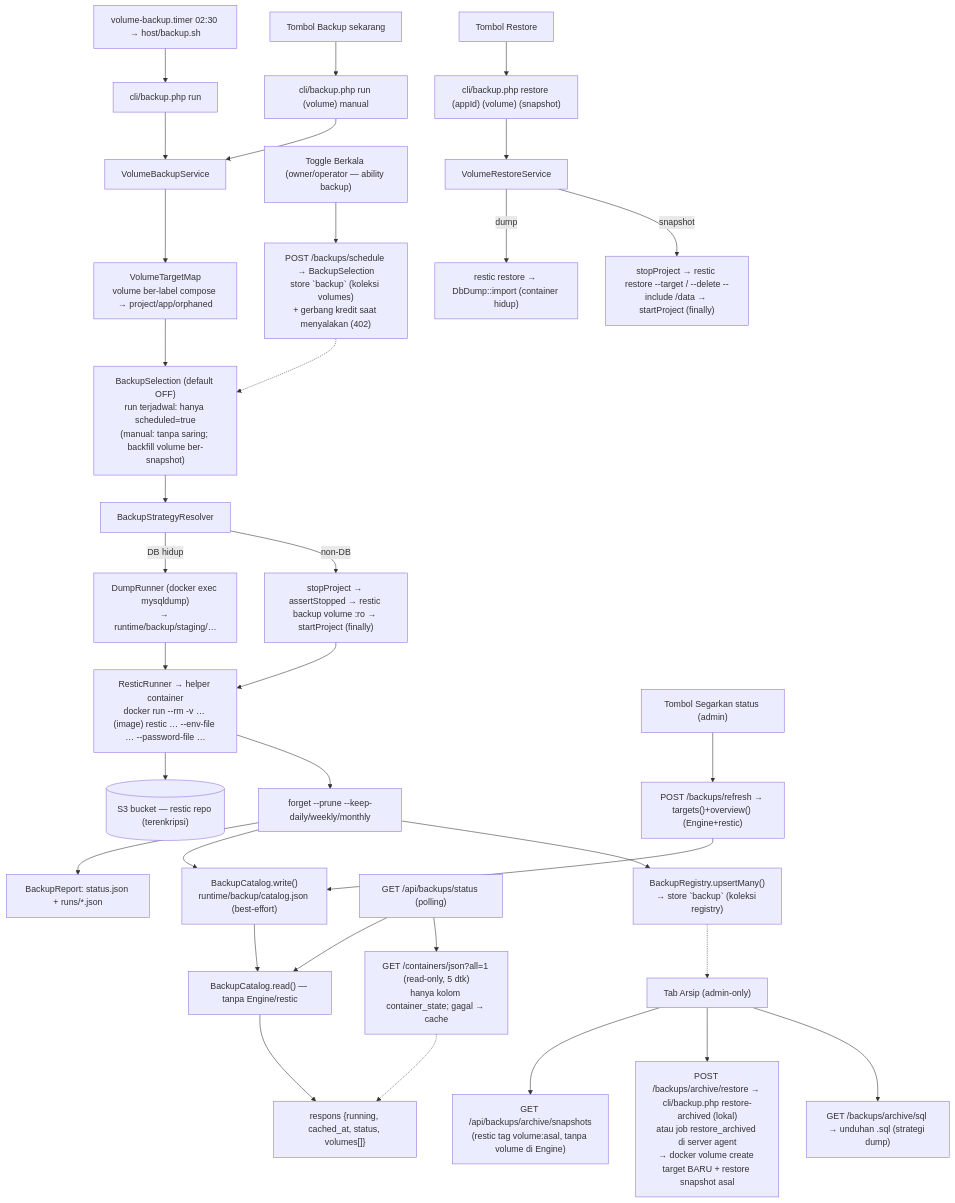
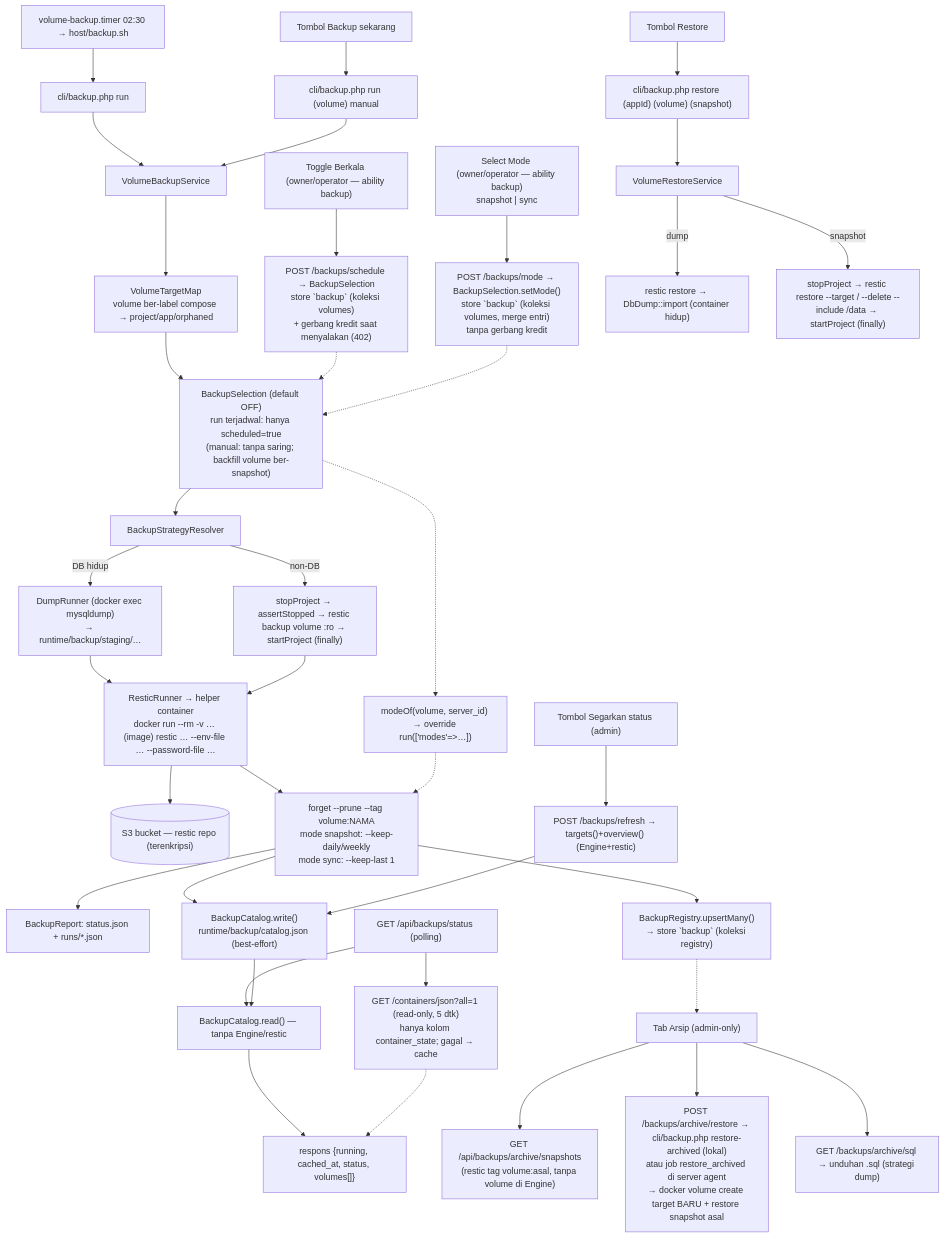
One commit to yllumi/rames changed the second of 2 diagrams in docs/ARCHITECTURE/05-06-monitoring-update-backup.md. Above: the diagram before and after it, drawn with Mermaid. The commit also changed other lines of this file and 30 other files, not shown here.

First line of the commit message:
feat(backup): mode retensi per volume snapshot/sync

````diff
--- a/docs/ARCHITECTURE/05-06-monitoring-update-backup.md
+++ b/docs/ARCHITECTURE/05-06-monitoring-update-backup.md
@@ -103,36 +103,40 @@
 ```mermaid
 flowchart TD
     T["volume-backup.timer 02:30 → host/backup.sh"] --> CLI["cli/backup.php run"]
     U[Tombol Backup sekarang] --> CLI2["cli/backup.php run (volume) manual"]
     R2[Tombol Restore] --> CLI3["cli/backup.php restore (appId) (volume) (snapshot)"]
     CLI --> SVC[VolumeBackupService]
     CLI2 --> SVC
     SVC --> TGT["VolumeTargetMap<br/>volume ber-label compose → project/app/orphaned"]
     TGT --> SELF["BackupSelection (default OFF)<br/>run terjadwal: hanya scheduled=true<br/>(manual: tanpa saring; backfill volume ber-snapshot)"]
     SELF --> RES[BackupStrategyResolver]
     RES -- "DB hidup" --> DUMP["DumpRunner (docker exec mysqldump)<br/>→ runtime/backup/staging/…"]
     RES -- "non-DB" --> SNAP["stopProject → assertStopped → restic backup volume :ro → startProject (finally)"]
     DUMP --> REST["ResticRunner → helper container<br/>docker run --rm -v … (image) restic … --env-file … --password-file …"]
     SNAP --> REST
     REST --> S3[("S3 bucket — restic repo (terenkripsi)")]
-    REST --> FORGET["forget --prune --keep-daily/weekly/monthly"]
+    REST --> FORGET["forget --prune --tag volume:NAMA<br/>mode snapshot: --keep-daily/weekly<br/>mode sync: --keep-last 1"]
     FORGET --> REP["BackupReport: status.json + runs/*.json"]
     FORGET --> CATW["BackupCatalog.write()<br/>runtime/backup/catalog.json (best-effort)"]
     RF["Tombol Segarkan status (admin)"] --> REF["POST /backups/refresh → targets()+overview() (Engine+restic)"]
     REF --> CATW
     ST["GET /api/backups/status (polling)"] --> CAT["BackupCatalog.read() — tanpa Engine/restic"]
     ST --> LIVE["GET /containers/json?all=1 (read-only, 5 dtk)<br/>hanya kolom container_state; gagal → cache"]
     CATW --> CAT
     CAT --> RESP["respons {running, cached_at, status, volumes[]}"]
     LIVE -.-> RESP
     SCH["Toggle Berkala (owner/operator — ability backup)"] --> SELW["POST /backups/schedule → BackupSelection<br/>store `backup` (koleksi volumes)<br/>+ gerbang kredit saat menyalakan (402)"]
     SELW -.-> SELF
+    MODE["Select Mode (owner/operator — ability backup)<br/>snapshot | sync"] --> MODEW["POST /backups/mode → BackupSelection.setMode()<br/>store `backup` (koleksi volumes, merge entri)<br/>tanpa gerbang kredit"]
+    MODEW -.-> SELF
+    SELF -.-> RSTMODE["modeOf(volume, server_id) → override run(['modes'=>…])"]
+    RSTMODE -.-> FORGET
     CLI3 --> RSVC[VolumeRestoreService]
     RSVC -- dump --> IMP["restic restore → DbDump::import (container hidup)"]
     RSVC -- snapshot --> RS["stopProject → restic restore --target / --delete --include /data → startProject (finally)"]
     FORGET --> REGW["BackupRegistry.upsertMany()<br/>→ store `backup` (koleksi registry)"]
     AR["Tab Arsip (admin-only)"] --> ASN["GET /api/backups/archive/snapshots<br/>(restic tag volume:asal, tanpa volume di Engine)"]
     AR --> ACR["POST /backups/archive/restore → cli/backup.php restore-archived (lokal)<br/>atau job restore_archived di server agent<br/>→ docker volume create target BARU + restore snapshot asal"]
     AR --> AQL["GET /backups/archive/sql → unduhan .sql (strategi dump)"]
     REGW -.-> AR
 ```
````
